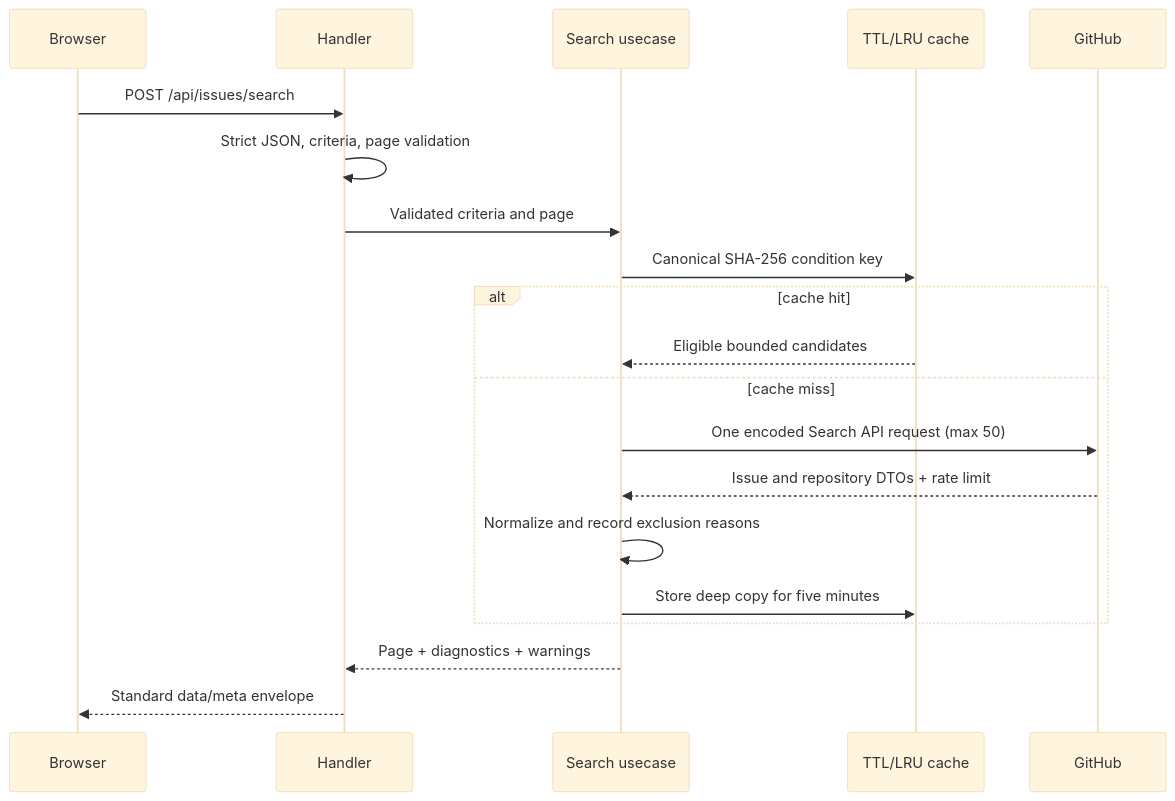
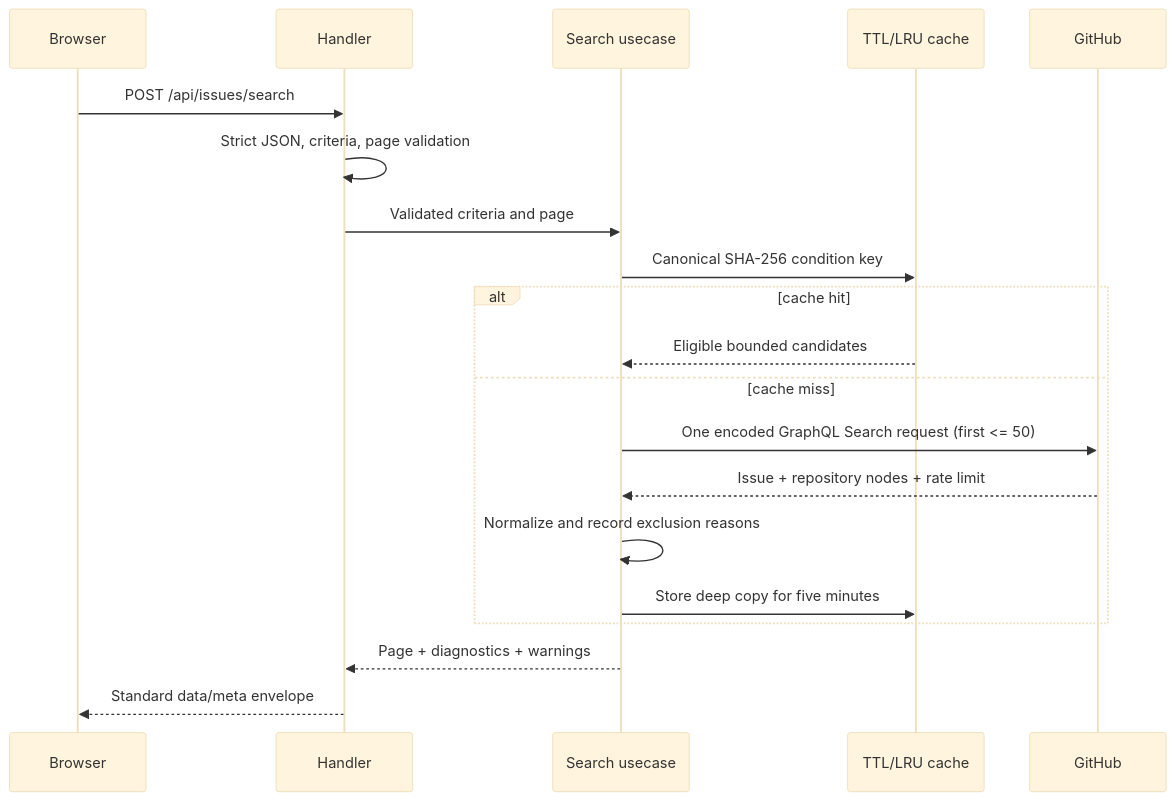
The diagram in docs/architecture.md (tensho1026/github-issue-search), drawn with Mermaid (base theme) before and after one commit. The commit also changed other lines of this file and 5 other files, not shown here.

Commit message:
docs(api): document authenticated GraphQL search

````diff
--- a/docs/architecture.md
+++ b/docs/architecture.md
@@ -87,23 +89,23 @@
 ```mermaid
 sequenceDiagram
     participant Browser
     participant Handler
     participant Search as Search usecase
     participant Cache as TTL/LRU cache
     participant GitHub
 
     Browser->>Handler: POST /api/issues/search
     Handler->>Handler: Strict JSON, criteria, page validation
     Handler->>Search: Validated criteria and page
     Search->>Cache: Canonical SHA-256 condition key
     alt cache hit
         Cache-->>Search: Eligible bounded candidates
     else cache miss
-        Search->>GitHub: One encoded Search API request (max 50)
-        GitHub-->>Search: Issue and repository DTOs + rate limit
+        Search->>GitHub: One encoded GraphQL Search request (first <= 50)
+        GitHub-->>Search: Issue + repository nodes + rate limit
         Search->>Search: Normalize and record exclusion reasons
         Search->>Cache: Store deep copy for five minutes
     end
     Search-->>Handler: Page + diagnostics + warnings
     Handler-->>Browser: Standard data/meta envelope
 ```
````
